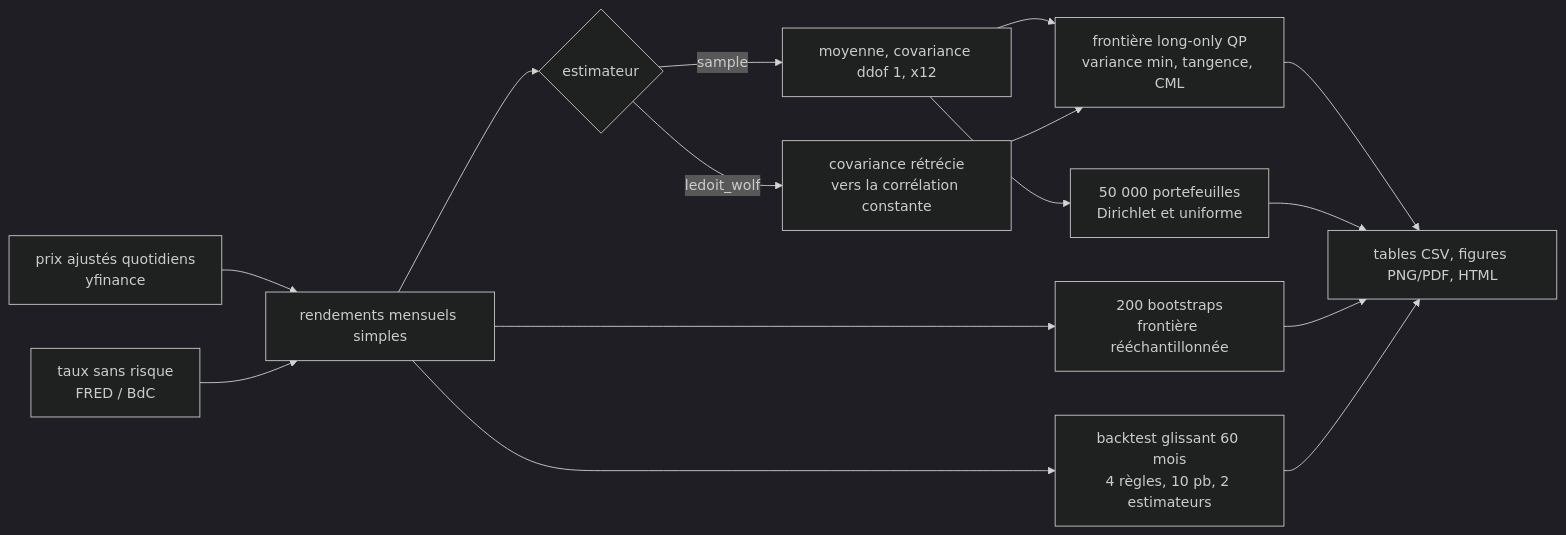
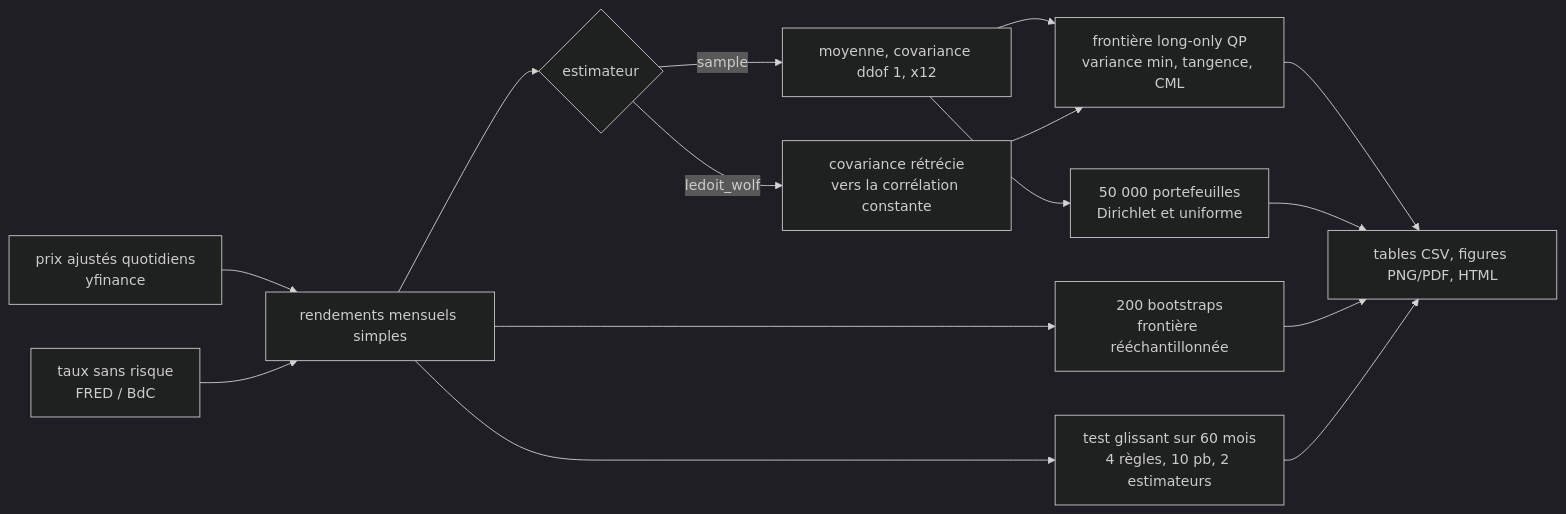
The diagram in README.md (Guilou001/01-frontiere-efficiente), drawn with Mermaid (dark theme) before and after one commit. The commit also changed other lines of this file and 2 other files, not shown here.

````diff
--- a/README.md
+++ b/README.md
@@ -96,17 +96,17 @@
 ```mermaid
 flowchart LR
   A[prix ajustés quotidiens<br>yfinance] --> B[rendements mensuels simples]
   R[taux sans risque<br>FRED / BdC] --> B
   B --> C{estimateur}
   C -->|sample| D[moyenne, covariance ddof 1, x12]
   C -->|ledoit_wolf| E[covariance rétrécie<br>vers la corrélation constante]
   D --> F[frontière long-only QP<br>variance min, tangence, CML]
   E --> F
   D --> G[50 000 portefeuilles<br>Dirichlet et uniforme]
   B --> H[200 bootstraps<br>frontière rééchantillonnée]
-  B --> I[backtest glissant 60 mois<br>4 règles, 10 pb, 2 estimateurs]
+  B --> I[test glissant sur 60 mois<br>4 règles, 10 pb, 2 estimateurs]
   F --> J[tables CSV, figures PNG/PDF, HTML]
   G --> J
   H --> J
   I --> J
 ```
````
